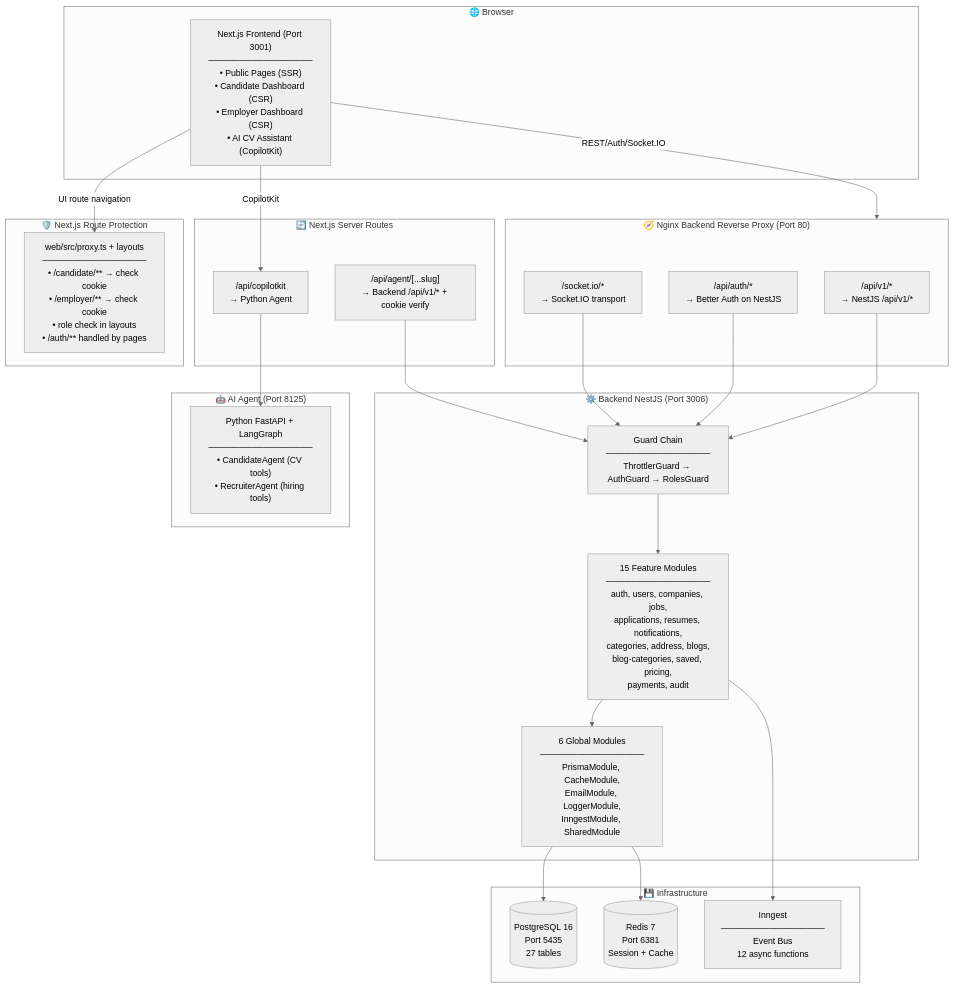
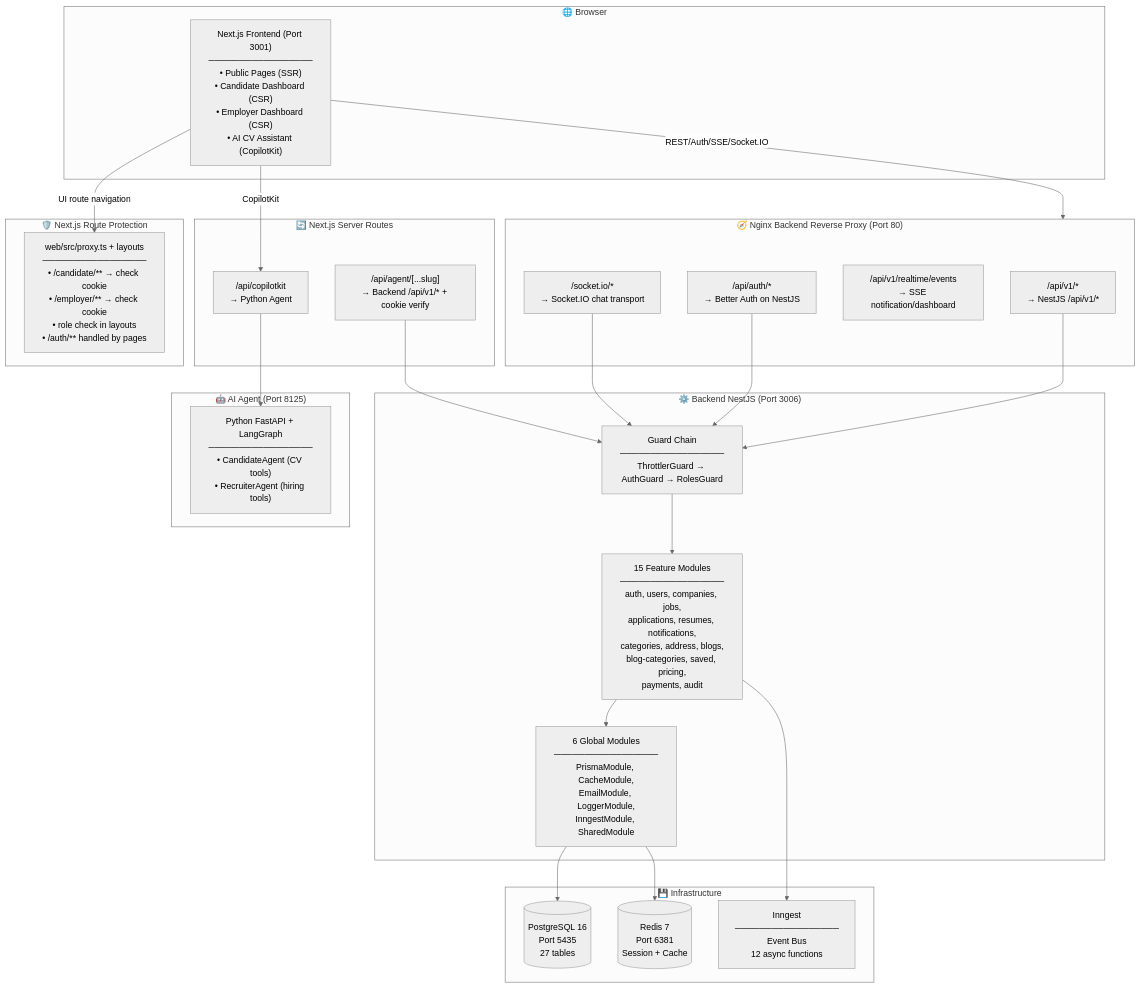
One commit to Hieuej147/job-PhuQuoc changed the first of 28 diagrams in TEAM_FE_DOCUMENT.md. Above: the diagram before and after it, drawn with Mermaid (neutral theme). The commit also changed other lines of this file and 33 other files, not shown here.

````diff
--- a/TEAM_FE_DOCUMENT.md
+++ b/TEAM_FE_DOCUMENT.md
@@ -55,51 +58,52 @@
 ```mermaid
 graph TB
     subgraph Browser["🌐 Browser"]
         FE["Next.js Frontend (Port 3001)<br/>─────────────────<br/>• Public Pages (SSR)<br/>• Candidate Dashboard (CSR)<br/>• Employer Dashboard (CSR)<br/>• AI CV Assistant (CopilotKit)"]
     end
 
     subgraph RP["🧭 Nginx Backend Reverse Proxy (Port 80)"]
         V1["/api/v1/*<br/>→ NestJS /api/v1/*"]
         AUTH["/api/auth/*<br/>→ Better Auth on NestJS"]
-        SOCK["/socket.io/*<br/>→ Socket.IO transport"]
+        SSE["/api/v1/realtime/events<br/>→ SSE notification/dashboard"]
+        SOCK["/socket.io/*<br/>→ Socket.IO chat transport"]
     end
 
     subgraph BFF["🔄 Next.js Server Routes"]
         AGENT["/api/agent/[...slug]<br/>→ Backend /api/v1/* + cookie verify"]
         CK["/api/copilotkit<br/>→ Python Agent"]
     end
 
     subgraph MW["🛡️ Next.js Route Protection"]
         MID["web/src/proxy.ts + layouts<br/>─────────────────<br/>• /candidate/** → check cookie<br/>• /employer/** → check cookie<br/>• role check in layouts<br/>• /auth/** handled by pages"]
     end
 
     subgraph BE["⚙️ Backend NestJS (Port 3006)"]
         GUARD["Guard Chain<br/>─────────────────<br/>ThrottlerGuard → AuthGuard → RolesGuard"]
         MOD["15 Feature Modules<br/>─────────────────<br/>auth, users, companies, jobs,<br/>applications, resumes, notifications,<br/>categories, address, blogs,<br/>blog-categories, saved, pricing,<br/>payments, audit"]
         INFRA["6 Global Modules<br/>─────────────────<br/>PrismaModule, CacheModule,<br/>EmailModule, LoggerModule,<br/>InngestModule, SharedModule"]
     end
 
     subgraph Agent["🤖 AI Agent (Port 8125)"]
         PY["Python FastAPI + LangGraph<br/>─────────────────<br/>• CandidateAgent (CV tools)<br/>• RecruiterAgent (hiring tools)"]
     end
 
     subgraph DB["💾 Infrastructure"]
         PG[("PostgreSQL 16<br/>Port 5435<br/>27 tables")]
         RD[("Redis 7<br/>Port 6381<br/>Session + Cache")]
         ING["Inngest<br/>─────────────────<br/>Event Bus<br/>12 async functions"]
     end
 
     FE -->|"UI route navigation"| MID
-    FE -->|"REST/Auth/Socket.IO"| RP
+    FE -->|"REST/Auth/SSE/Socket.IO"| RP
     FE -->|"CopilotKit"| CK
     V1 --> GUARD
     AUTH --> GUARD
     SOCK --> GUARD
     GUARD --> MOD
     MOD --> INFRA
     INFRA --> PG
     INFRA --> RD
     MOD --> ING
     CK --> PY
     AGENT --> GUARD
 ```
````
